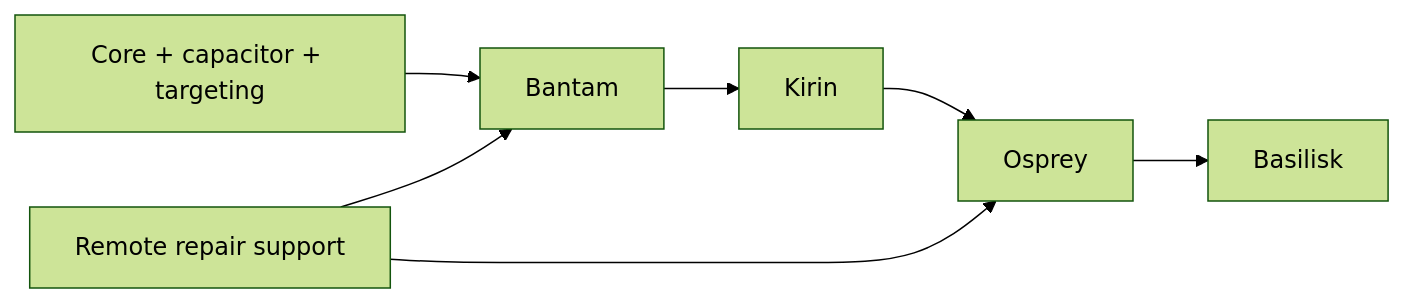
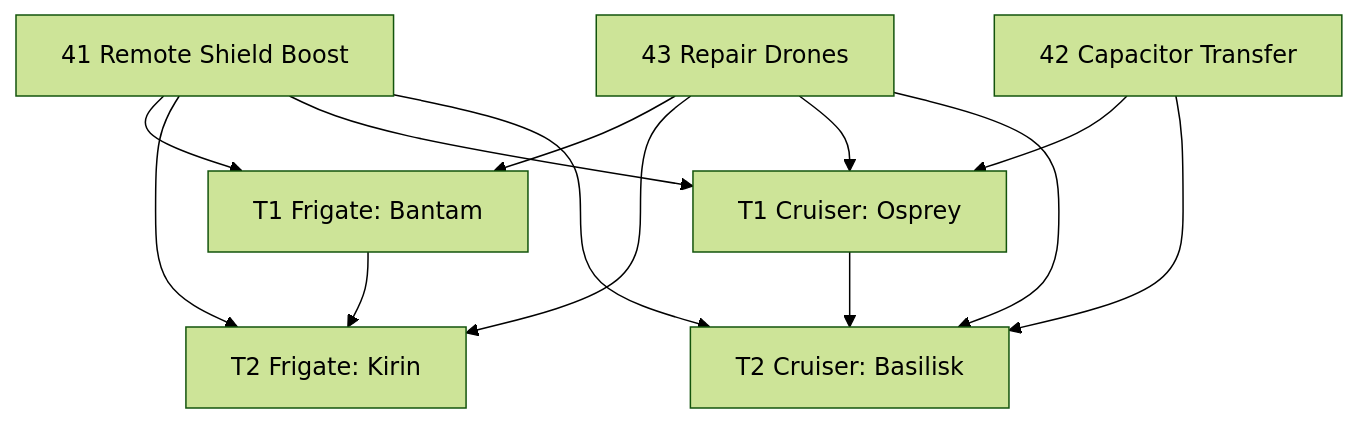
Before and after one commit to Blizbor/EvE-Modular-Skillplans: the diagram in training-paths/logistics/caldari/DIAGRAM-EN.md, drawn with Mermaid (forest theme). The commit also changed 132 other files, not shown here.

````diff
--- a/training-paths/logistics/caldari/DIAGRAM-EN.md
+++ b/training-paths/logistics/caldari/DIAGRAM-EN.md
@@ -5,9 +5,15 @@
 ```mermaid
-flowchart LR
-    CORE[Core + capacitor + targeting] --> F1[Bantam]
-    F1 --> F2[Kirin]
-    F2 --> C1[Osprey]
-    C1 --> C2[Basilisk]
-    REP[Remote repair support] --> F1
-    REP --> C1
+flowchart TD
+    F1["T1 Frigate: Bantam"] --> F2["T2 Frigate: Kirin"]
+    C1["T1 Cruiser: Osprey"] --> C2["T2 Cruiser: Basilisk"]
+    R["41 Remote Shield Boost"] --> F1
+    R --> F2
+    R --> C1
+    R --> C2
+    D["43 Repair Drones"] --> F1
+    D --> F2
+    D --> C1
+    D --> C2
+    C["42 Capacitor Transfer"] --> C1
+    C --> C2
 ```
````
